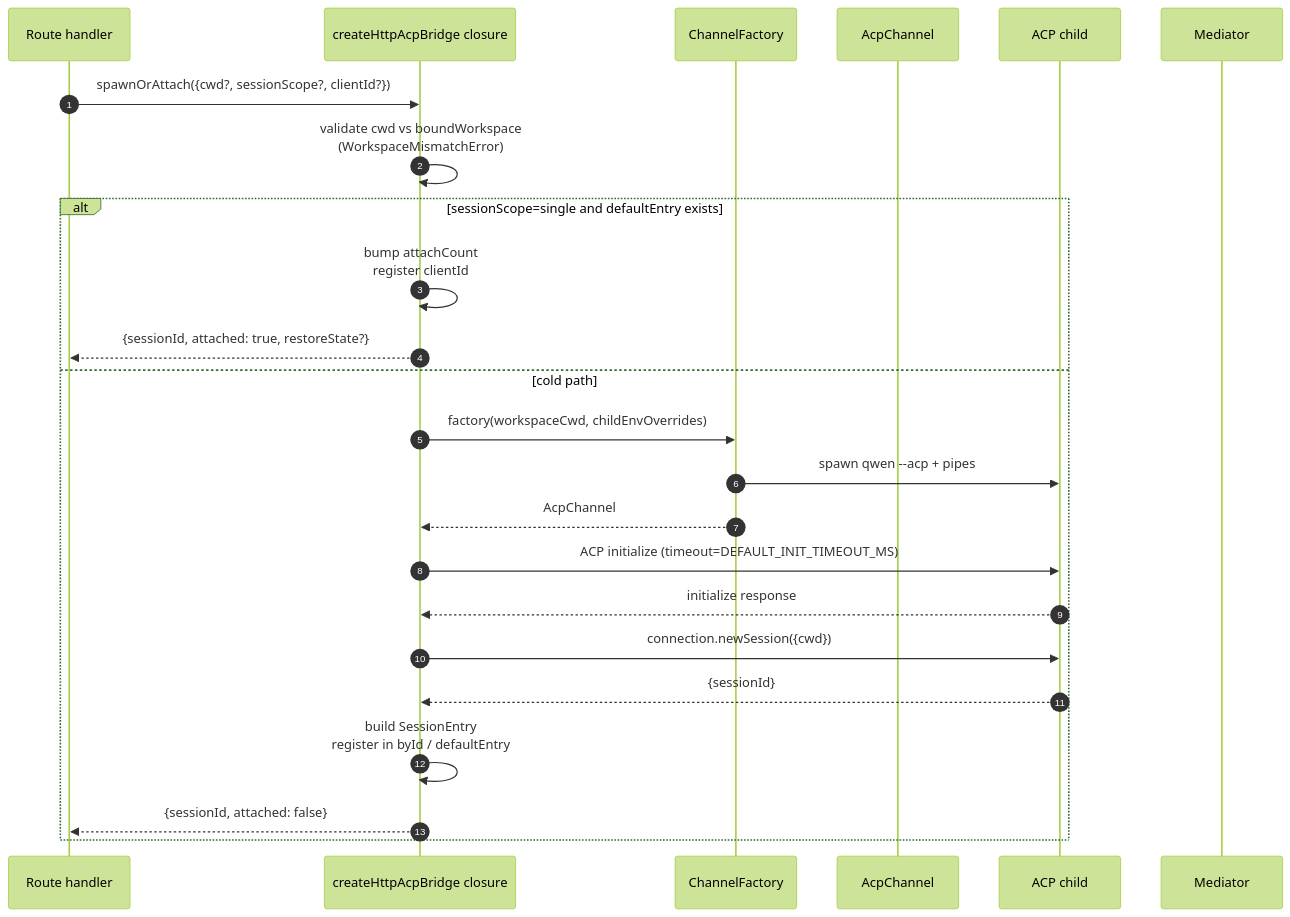
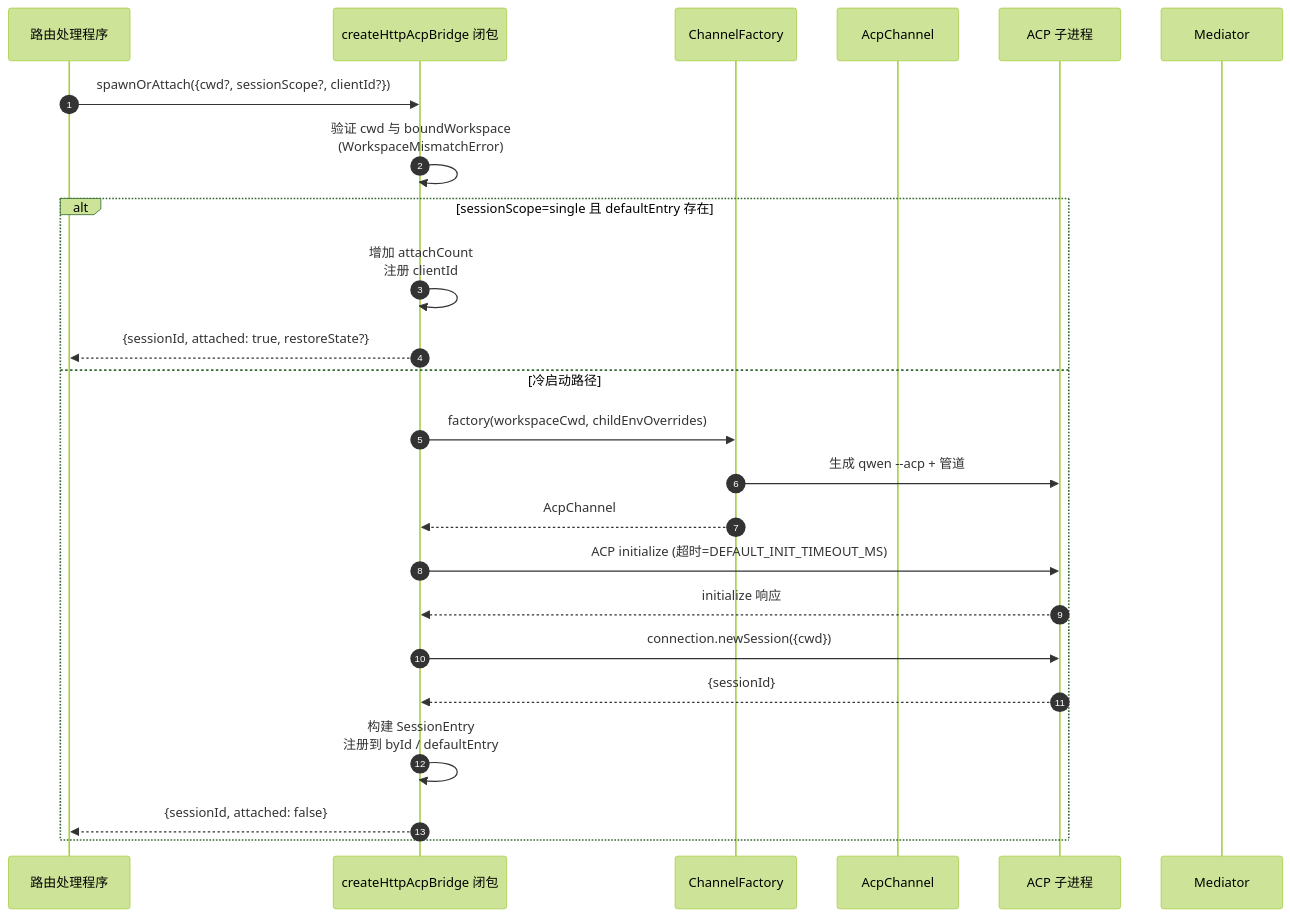
The first of 4 diagrams in website/content/zh/developers/daemon/03-acp-bridge.md (QwenLM/qwen-code-docs), drawn with Mermaid (forest theme) before and after one commit. The commit also changed other lines of this file and 1077 other files, not shown here.

````diff
--- a/website/content/zh/developers/daemon/03-acp-bridge.md
+++ b/website/content/zh/developers/daemon/03-acp-bridge.md
@@ -60,27 +60,27 @@
 ```mermaid
 sequenceDiagram
     autonumber
-    participant R as Route handler
-    participant B as createHttpAcpBridge closure
+    participant R as 路由处理程序
+    participant B as createHttpAcpBridge 闭包
     participant CF as ChannelFactory
     participant CH as AcpChannel
-    participant ACP as ACP child
+    participant ACP as ACP 子进程
     participant M as Mediator
 
     R->>B: spawnOrAttach({cwd?, sessionScope?, clientId?})
-    B->>B: validate cwd vs boundWorkspace<br/>(WorkspaceMismatchError)
-    alt sessionScope=single and defaultEntry exists
-        B->>B: bump attachCount<br/>register clientId
+    B->>B: 验证 cwd 与 boundWorkspace<br/>(WorkspaceMismatchError)
+    alt sessionScope=single 且 defaultEntry 存在
+        B->>B: 增加 attachCount<br/>注册 clientId
         B-->>R: {sessionId, attached: true, restoreState?}
-    else cold path
+    else 冷启动路径
         B->>CF: factory(workspaceCwd, childEnvOverrides)
-        CF->>ACP: spawn qwen --acp + pipes
+        CF->>ACP: 生成 qwen --acp + 管道
         CF-->>B: AcpChannel
-        B->>ACP: ACP initialize (timeout=DEFAULT_INIT_TIMEOUT_MS)
-        ACP-->>B: initialize response
+        B->>ACP: ACP initialize (超时=DEFAULT_INIT_TIMEOUT_MS)
+        ACP-->>B: initialize 响应
         B->>ACP: connection.newSession({cwd})
         ACP-->>B: {sessionId}
-        B->>B: build SessionEntry<br/>register in byId / defaultEntry
+        B->>B: 构建 SessionEntry<br/>注册到 byId / defaultEntry
         B-->>R: {sessionId, attached: false}
     end
 ```
````
